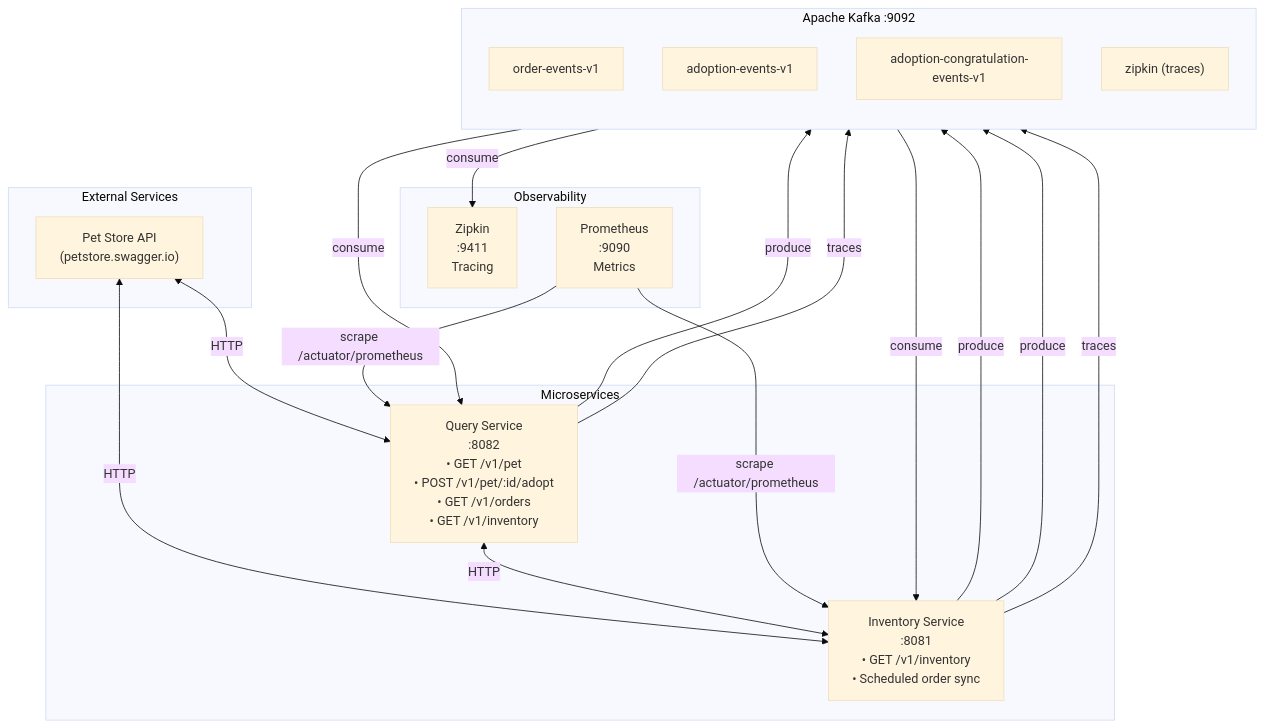
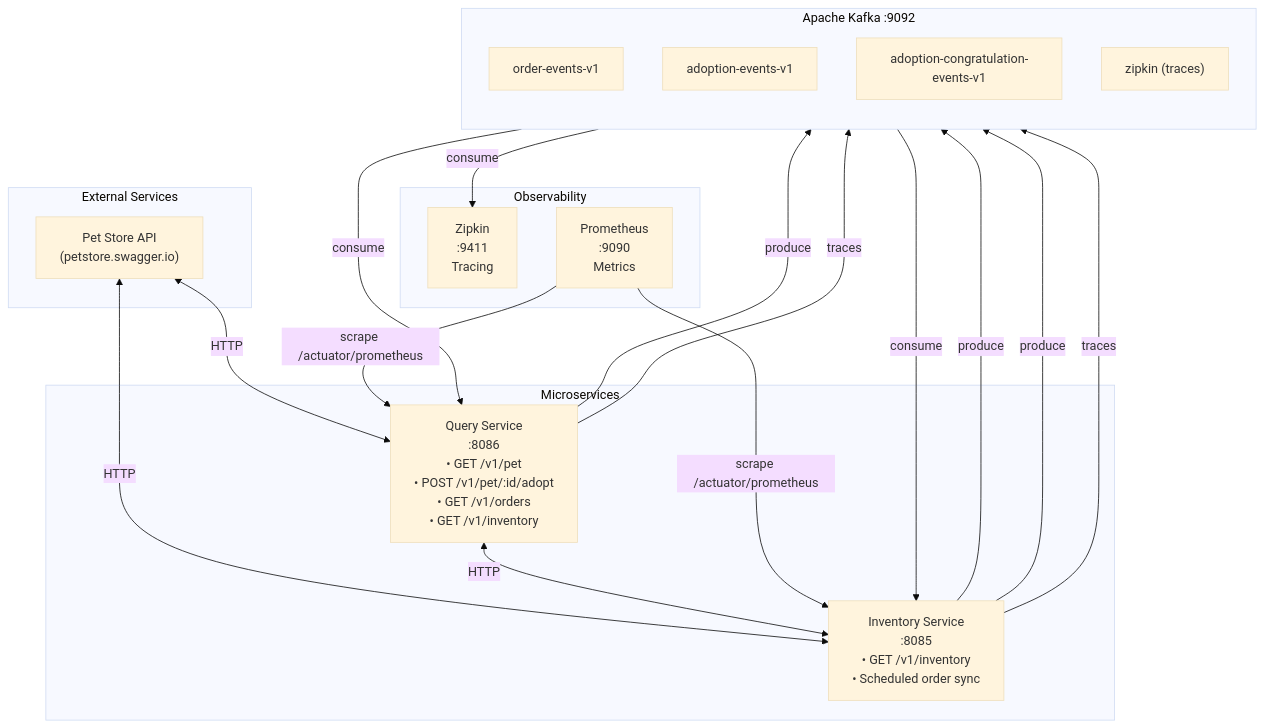
Before and after one commit to hdmsantander/microservices-ops-demo: the diagram in README.md, drawn with Mermaid (base theme). The commit also changed other lines of this file and 10 other files, not shown here.

First line of the commit message:
Change ports: inventory 8085, query 8086

````diff
--- a/README.md
+++ b/README.md
@@ -53,41 +53,41 @@
 ```mermaid
 flowchart TB
     subgraph External["External Services"]
         PetStore["Pet Store API<br/>(petstore.swagger.io)"]
     end
 
     subgraph Microservices["Microservices"]
-        Query["Query Service<br/>:8082<br/>• GET /v1/pet<br/>• POST /v1/pet/:id/adopt<br/>• GET /v1/orders<br/>• GET /v1/inventory"]
-        Inventory["Inventory Service<br/>:8081<br/>• GET /v1/inventory<br/>• Scheduled order sync"]
+        Query["Query Service<br/>:8086<br/>• GET /v1/pet<br/>• POST /v1/pet/:id/adopt<br/>• GET /v1/orders<br/>• GET /v1/inventory"]
+        Inventory["Inventory Service<br/>:8085<br/>• GET /v1/inventory<br/>• Scheduled order sync"]
     end
 
     subgraph Kafka["Apache Kafka :9092"]
         direction TB
         OE["order-events-v1"]
         AE["adoption-events-v1"]
         ACE["adoption-congratulation-events-v1"]
         ZipkinTopic["zipkin (traces)"]
     end
 
     subgraph Observability["Observability"]
         Zipkin["Zipkin<br/>:9411<br/>Tracing"]
         Prometheus["Prometheus<br/>:9090<br/>Metrics"]
     end
 
     PetStore <-->|HTTP| Query
     PetStore <-->|HTTP| Inventory
     Query <-->|HTTP| Inventory
 
     Inventory -->|produce| OE
     OE -->|consume| Query
     Query -->|produce| AE
     AE -->|consume| Inventory
     Inventory -->|produce| ACE
 
     Query -->|traces| ZipkinTopic
     Inventory -->|traces| ZipkinTopic
     ZipkinTopic -->|consume| Zipkin
 
     Prometheus -->|scrape /actuator/prometheus| Query
     Prometheus -->|scrape /actuator/prometheus| Inventory
 ```
````
